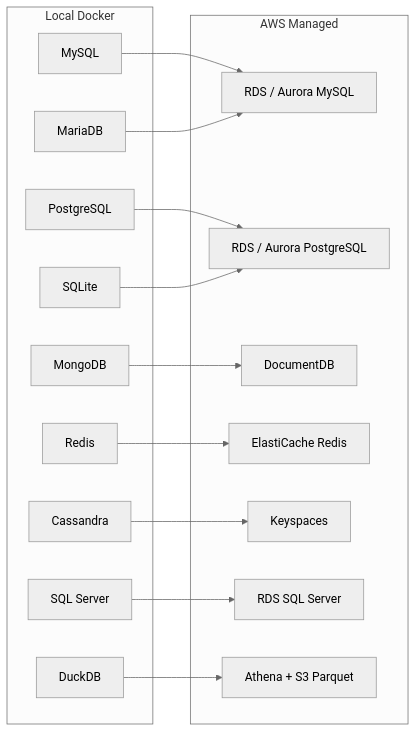
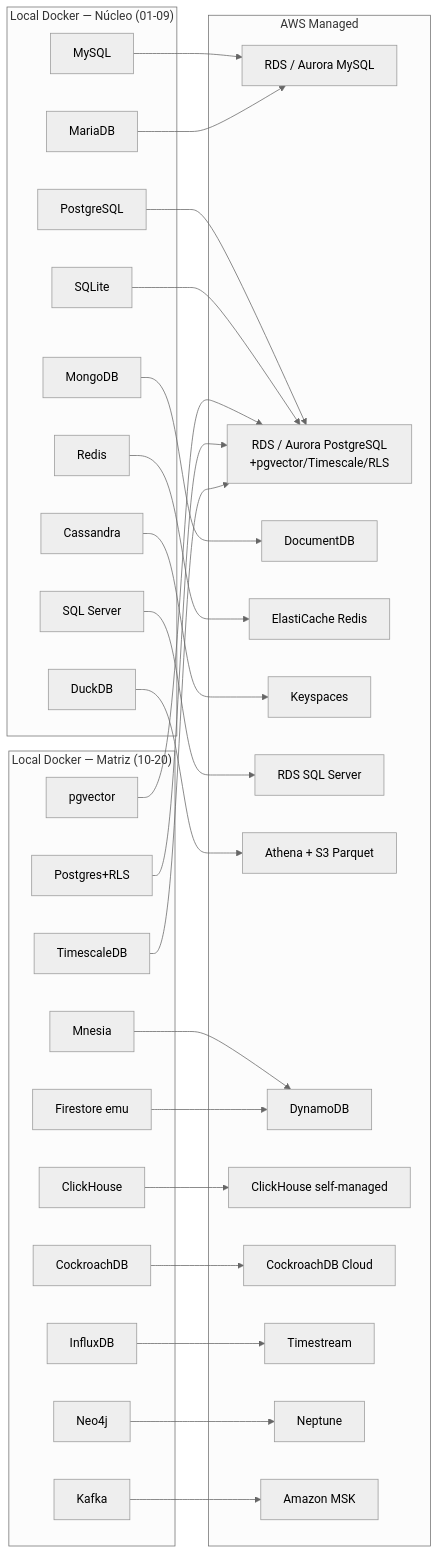
One commit to vladimiracunadev-create/social-bot-scheduler changed the sixth of 7 diagrams in docs/AWS_MIGRATION.md. Above: the diagram before and after it, drawn with Mermaid (neutral theme). The commit also changed other lines of this file and 1 other file, not shown here.

Commit message:
docs: corrige incoherencias del README y completa AWS_MIGRATION con los motores 10-20
README — 3 incoherencias reales:
- Badge de versión 4.8.0 → 4.9.0.
- "Dependabot: 11 ecosistemas" (listaba 6) → "12 manifiestos en 6 ecosistemas" (conteo real del .github/dependabot.yml).
- "Persistencia Políglota: 17 motores" → "18+ motores" (el resto de docs ya decía 18+; era el único outlier).

AWS_MIGRATION — omisiones completadas (la guía se quedó en los 9 motores del núcleo):
- Mapeo faltante Kafka → Amazon MSK (caso 13) y Mosquitto/MQTT → AWS IoT Core (caso 17).
- Tabla "Estrategias de Carga Inicial" ampliada con ClickHouse, Neo4j→Neptune, InfluxDB→Timestream, CockroachDB, Kafka→MSK, pgvector/Timescale/RLS y Firestore→DynamoDB.
- Diagrama "Estado Objetivo": capa de datos con Neptune, Timestream, MSK e IoT Core.
- Diagrama "Mapeo de Bases de Datos": segundo subgrafo con los 10 motores de los casos 10-20 y sus destinos AWS.
- Nota de costos: los servicios extra (Neptune/Timestream/MSK/Cockroach/ClickHouse) para la matriz completa en producción (+$900-1,100/mes).

````diff
--- a/docs/AWS_MIGRATION.md
+++ b/docs/AWS_MIGRATION.md
@@ -286,34 +295,63 @@
 ```mermaid
 graph LR
-    subgraph "Local Docker"
+    subgraph "Local Docker — Núcleo (01-09)"
         L1[MySQL]
         L2[MariaDB]
         L3[PostgreSQL]
         L4[SQLite]
         L5[MongoDB]
         L6[Redis]
         L7[Cassandra]
         L8[SQL Server]
         L9[DuckDB]
     end
 
+    subgraph "Local Docker — Matriz (10-20)"
+        M1[Mnesia]
+        M2[pgvector]
+        M3[ClickHouse]
+        M4[Postgres+RLS]
+        M5[CockroachDB]
+        M6[TimescaleDB]
+        M7[InfluxDB]
+        M8[Neo4j]
+        M9[Firestore emu]
+        M10[Kafka]
+    end
+
     subgraph "AWS Managed"
         A1[RDS / Aurora MySQL]
-        A2[RDS / Aurora PostgreSQL]
+        A2[RDS / Aurora PostgreSQL<br/>+pgvector/Timescale/RLS]
         A3[DocumentDB]
         A4[ElastiCache Redis]
         A5[Keyspaces]
         A6[RDS SQL Server]
         A7[Athena + S3 Parquet]
+        A8[DynamoDB]
+        A9[ClickHouse self-managed]
+        A10[CockroachDB Cloud]
+        A11[Timestream]
+        A12[Neptune]
+        A13[Amazon MSK]
     end
 
     L1 --> A1
     L2 --> A1
     L3 --> A2
     L4 --> A2
     L5 --> A3
     L6 --> A4
     L7 --> A5
     L8 --> A6
     L9 --> A7
+    M1 --> A8
+    M9 --> A8
+    M2 --> A2
+    M4 --> A2
+    M6 --> A2
+    M3 --> A9
+    M5 --> A10
+    M7 --> A11
+    M8 --> A12
+    M10 --> A13
 ```
````
